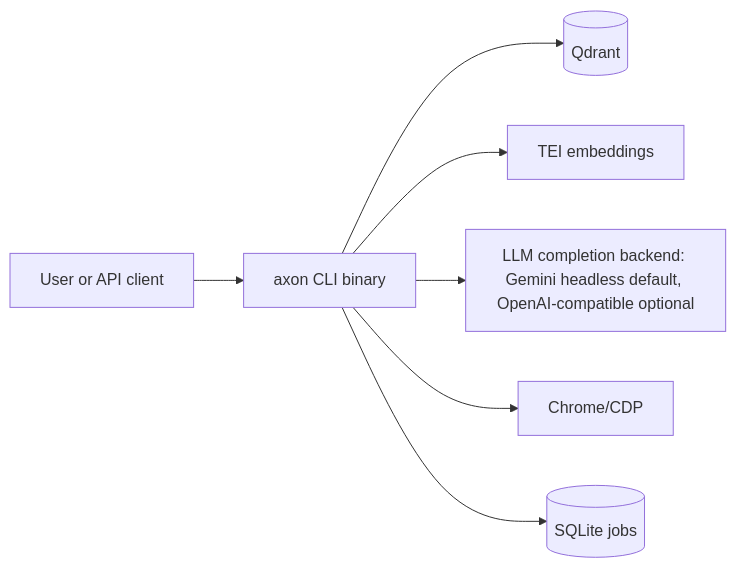
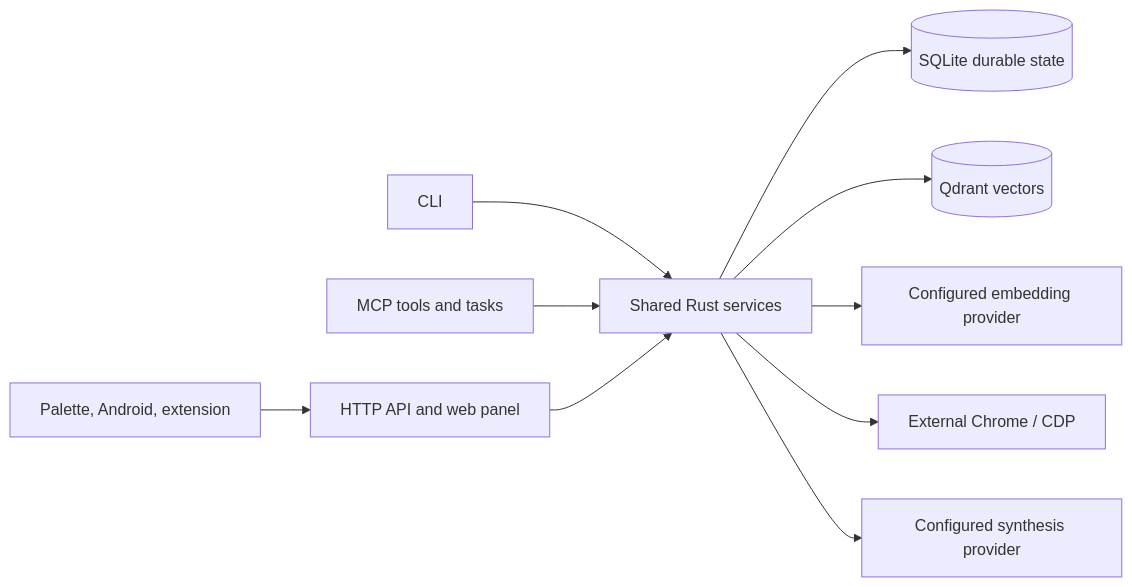
The first of 3 diagrams in docs/architecture/overview.md (dinglebear-ai/axon), drawn with Mermaid before and after one commit. The commit also changed other lines of this file and 161 other files, not shown here.

````diff
--- a/docs/architecture/overview.md
+++ b/docs/architecture/overview.md
@@ -49,19 +24,12 @@
 ```mermaid
 flowchart LR
-  U[User or API client]
-  CLI[axon CLI binary]
-
-  QD[(Qdrant)]
-  TEI[TEI embeddings]
-  LLM[LLM completion backend: Gemini headless default, OpenAI-compatible optional]
-  CHR[Chrome/CDP]
-  SQ[(SQLite jobs)]
-
-  U --> CLI
-
-  CLI --> QD
-  CLI --> TEI
-  CLI --> LLM
-  CLI --> CHR
-  CLI --> SQ
+  CLI[CLI] --> S[Shared Rust services]
+  MCP[MCP tools and tasks] --> S
+  HTTP[HTTP API and web panel] --> S
+  Apps[Palette, Android, extension] --> HTTP
+  S --> SQLite[(SQLite durable state)]
+  S --> Qdrant[(Qdrant vectors)]
+  S --> Embeddings[Configured embedding provider]
+  S --> Browser[External Chrome / CDP]
+  S --> LLM[Configured synthesis provider]
 ```
````
